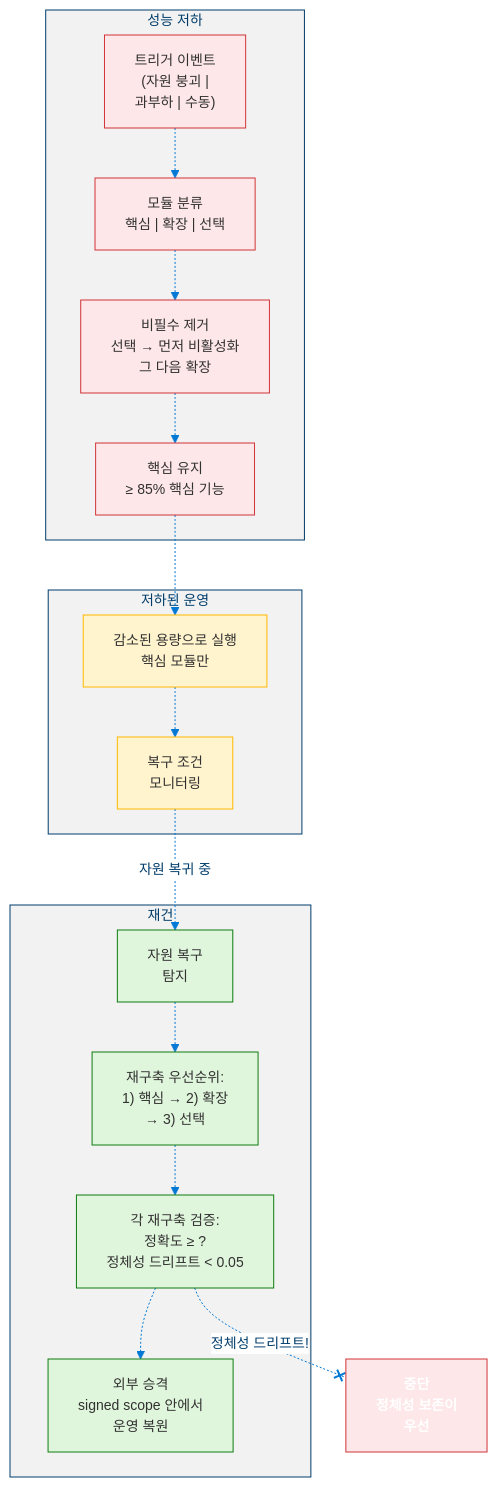
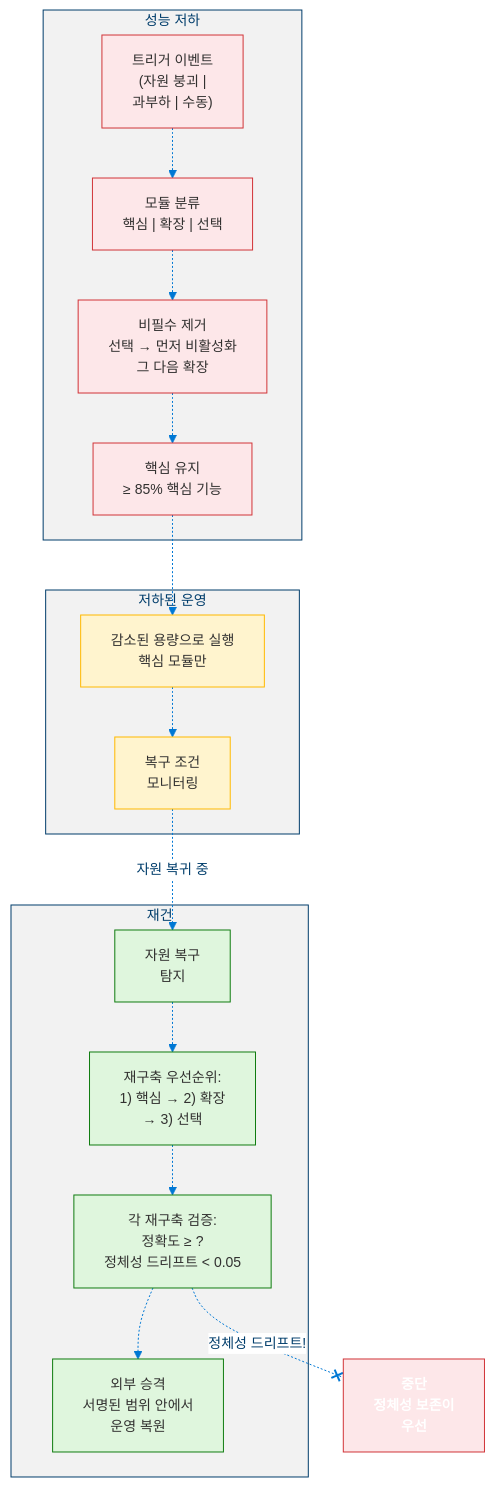
Diagram 12 of 16 in docs/levels/Level_5_Proto_AGI.ko.md (dotnetpower/mscp), drawn with Mermaid before and after one commit. The commit also changed other lines of this file and 33 other files, not shown here.

````diff
--- a/docs/levels/Level_5_Proto_AGI.ko.md
+++ b/docs/levels/Level_5_Proto_AGI.ko.md
@@ -629,36 +641,36 @@
 ```mermaid
 %%{init: {'theme': 'base', 'themeVariables': {'primaryColor': '#0078D4', 'primaryTextColor': '#003D6B', 'primaryBorderColor': '#003D6B', 'secondaryColor': '#50E6FF', 'secondaryTextColor': '#323130', 'secondaryBorderColor': '#00BCF2', 'tertiaryColor': '#F2F2F2', 'tertiaryTextColor': '#323130', 'lineColor': '#0078D4', 'textColor': '#323130', 'mainBkg': '#DEECF9', 'nodeBorder': '#0078D4', 'clusterBkg': '#F2F2F2', 'clusterBorder': '#003D6B', 'titleColor': '#003D6B', 'edgeLabelBackground': '#FFFFFF', 'fontSize': '14px'}}}%%
 flowchart TD
   classDef degrade fill:#FDE7E9,stroke:#D13438,color:#323130
   classDef op fill:#FFF4CE,stroke:#FFB900,color:#323130
   classDef rebuild fill:#DFF6DD,stroke:#107C10,color:#323130
   classDef halt fill:#FDE7E9,stroke:#D13438,color:#FFFFFF,font-weight:bold
 
   subgraph Degradation["성능 저하"]
     TRIGGER["트리거 이벤트<br/>(자원 붕괴 |<br/>과부하 | 수동)"]:::degrade
     CLASSIFY["모듈 분류<br/>핵심 | 확장 | 선택"]:::degrade
     SHED["비필수 제거<br/>선택 → 먼저 비활성화<br/>그 다음 확장"]:::degrade
     RETAIN["핵심 유지<br/>≥ 85% 핵심 기능"]:::degrade
     TRIGGER -.-> CLASSIFY -.-> SHED -.-> RETAIN
   end
 
   subgraph Operation["저하된 운영"]
     REDUCED["감소된 용량으로 실행<br/>핵심 모듈만"]:::op
     MONITOR["복구 조건<br/>모니터링"]:::op
     REDUCED -.-> MONITOR
   end
 
   subgraph Reconstruction["재건"]
     DETECT_R["자원 복구<br/>탐지"]:::rebuild
     PRIORITIZE["재구축 우선순위:<br/>1) 핵심 → 2) 확장<br/>→ 3) 선택"]:::rebuild
     VALIDATE["각 재구축 검증:<br/>정확도 ≥ ?<br/>정체성 드리프트 < 0.05"]:::rebuild
-    COMPLETE["외부 승격<br/>signed scope 안에서<br/>운영 복원"]:::rebuild
+    COMPLETE["외부 승격<br/>서명된 범위 안에서<br/>운영 복원"]:::rebuild
     DETECT_R -.-> PRIORITIZE -.-> VALIDATE -.-> COMPLETE
   end
 
   HALT["중단<br/>정체성 보존이<br/>우선"]:::halt
 
   RETAIN -.-> REDUCED
   MONITOR -.->|"자원 복귀 중"| DETECT_R
   VALIDATE -.-x|"정체성 드리프트!"| HALT
 ```
````
